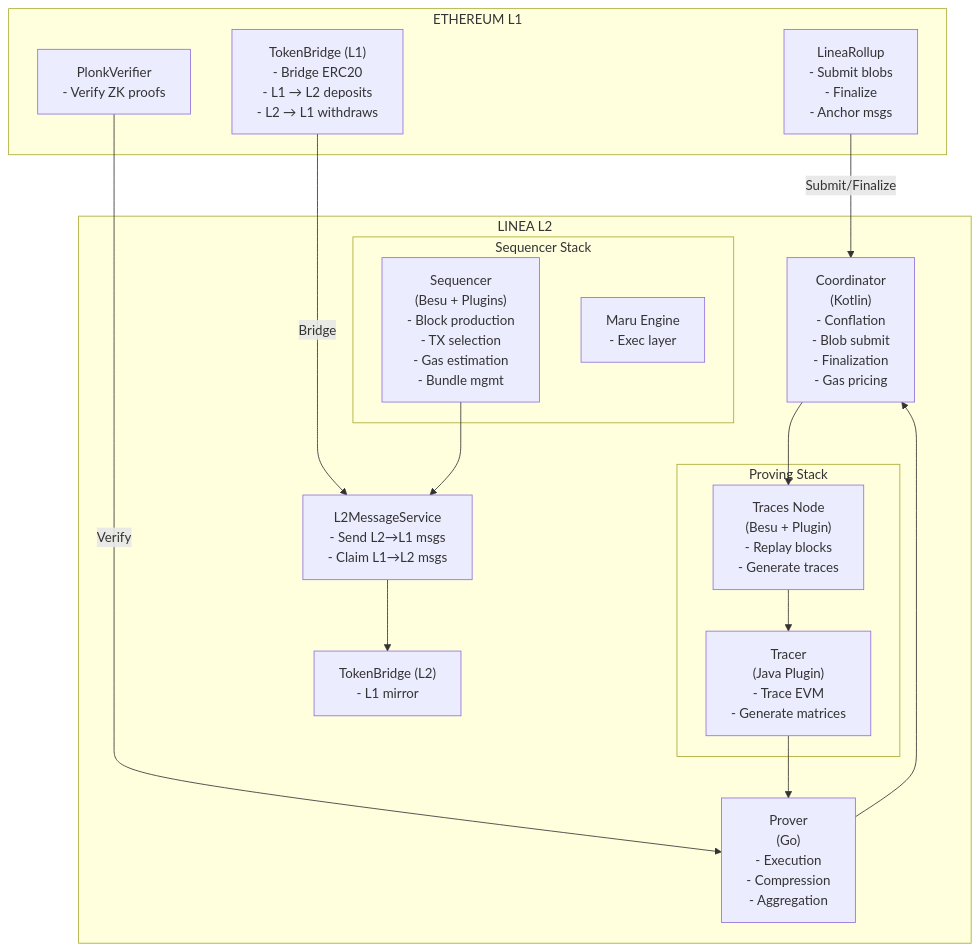
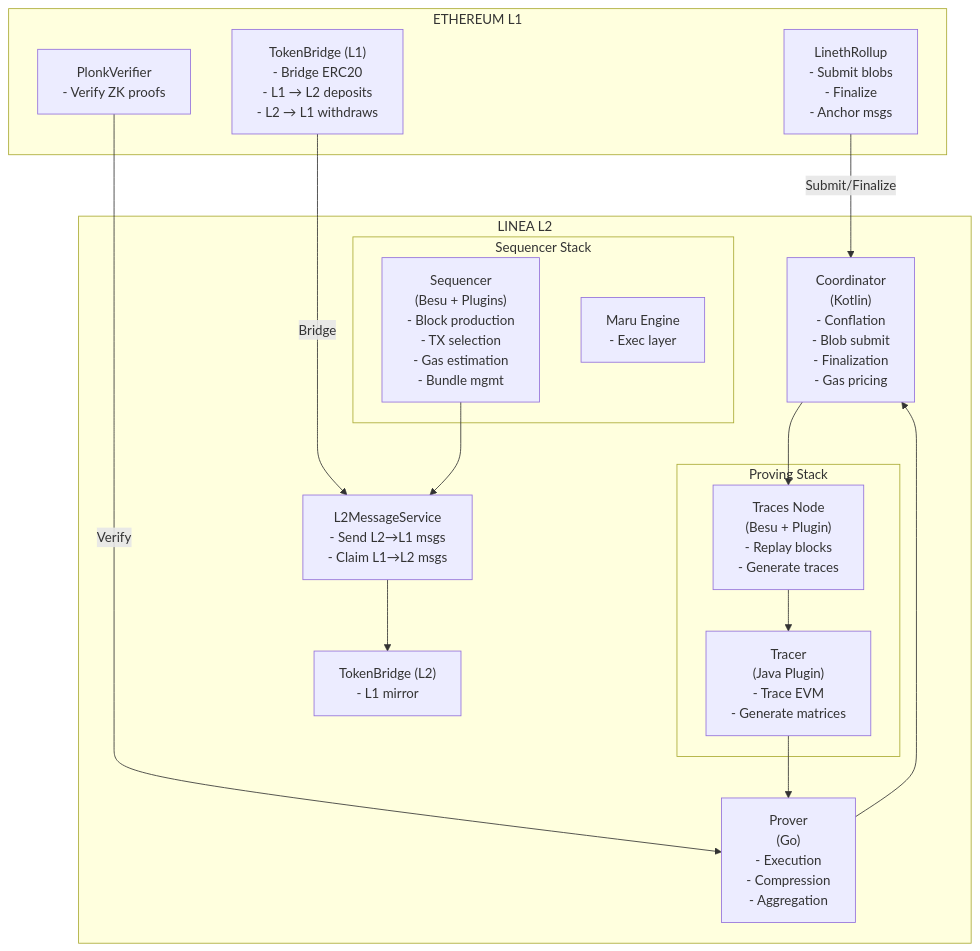
One commit to LFDT-Lineth/lineth-monorepo changed the diagram in docs/tech/diagrams/system-architecture.mmd. Above: the diagram before and after it, drawn with Mermaid. The commit also changed 248 other files, not shown here.

First line of the commit message:
chore(contracts): rename LineaRollup to LinethRollup

```diff
--- a/docs/tech/diagrams/system-architecture.mmd
+++ b/docs/tech/diagrams/system-architecture.mmd
@@ -1,38 +1,38 @@
 %% Linea System Architecture
 flowchart TB
     subgraph L1["ETHEREUM L1"]
-        LineaRollup["LineaRollup<br/>- Submit blobs<br/>- Finalize<br/>- Anchor msgs"]
+        LinethRollup["LinethRollup<br/>- Submit blobs<br/>- Finalize<br/>- Anchor msgs"]
         PlonkVerifier["PlonkVerifier<br/>- Verify ZK proofs"]
         TokenBridgeL1["TokenBridge (L1)<br/>- Bridge ERC20<br/>- L1 → L2 deposits<br/>- L2 → L1 withdraws"]
     end
 
     subgraph L2["LINEA L2"]
         subgraph Sequencer["Sequencer Stack"]
             SequencerNode["Sequencer<br/>(Besu + Plugins)<br/>- Block production<br/>- TX selection<br/>- Gas estimation<br/>- Bundle mgmt"]
             Maru["Maru Engine<br/>- Exec layer"]
         end
         
         L2MessageService["L2MessageService<br/>- Send L2→L1 msgs<br/>- Claim L1→L2 msgs"]
         TokenBridgeL2["TokenBridge (L2)<br/>- L1 mirror"]
         
         subgraph Proving["Proving Stack"]
             TracesNode["Traces Node<br/>(Besu + Plugin)<br/>- Replay blocks<br/>- Generate traces"]
             Tracer["Tracer<br/>(Java Plugin)<br/>- Trace EVM<br/>- Generate matrices"]
         end
         
         Coordinator["Coordinator<br/>(Kotlin)<br/>- Conflation<br/>- Blob submit<br/>- Finalization<br/>- Gas pricing"]
         
         Prover["Prover<br/>(Go)<br/>- Execution<br/>- Compression<br/>- Aggregation"]
     end
 
-    LineaRollup -->|"Submit/Finalize"| Coordinator
+    LinethRollup -->|"Submit/Finalize"| Coordinator
     PlonkVerifier -->|"Verify"| Prover
     TokenBridgeL1 -->|"Bridge"| L2MessageService
     
     Coordinator --> TracesNode
     TracesNode --> Tracer
     Tracer --> Prover
     Prover --> Coordinator
     
     SequencerNode --> L2MessageService
     L2MessageService --> TokenBridgeL2
```
